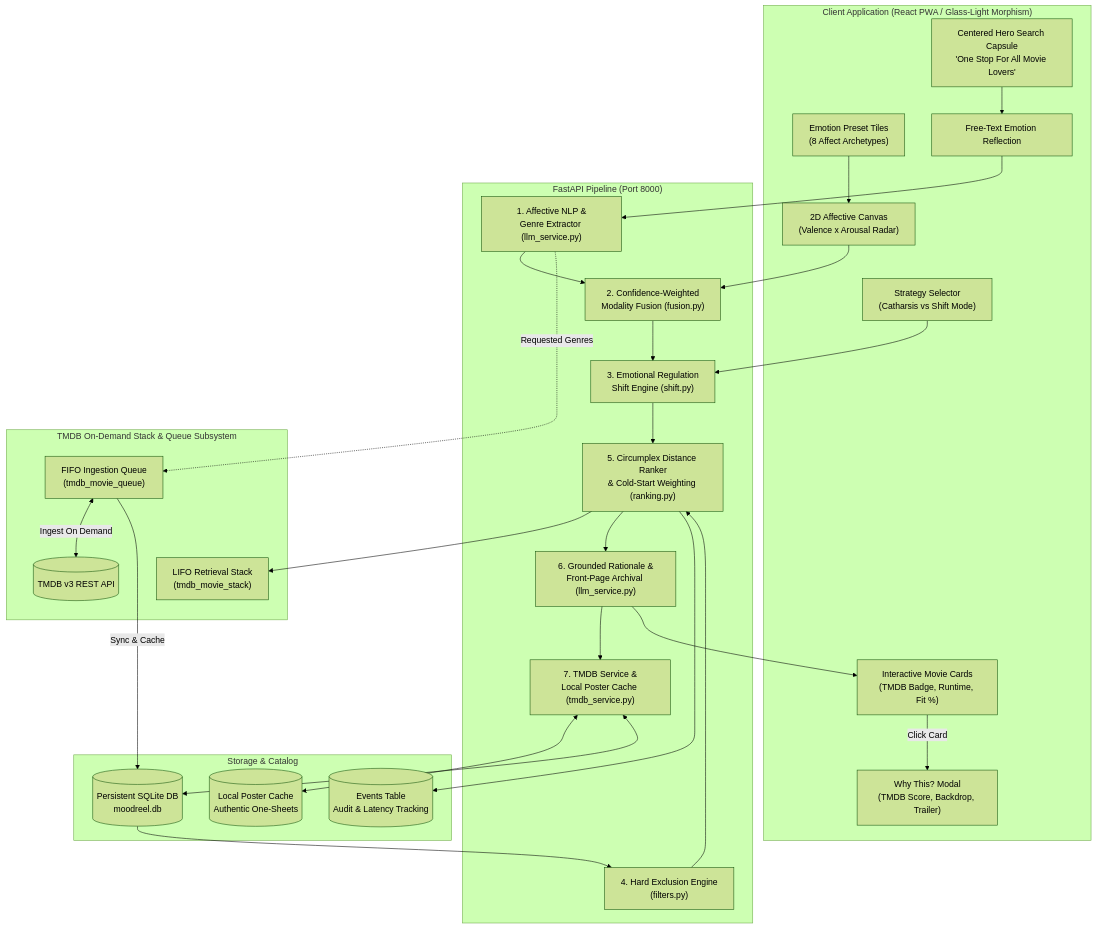
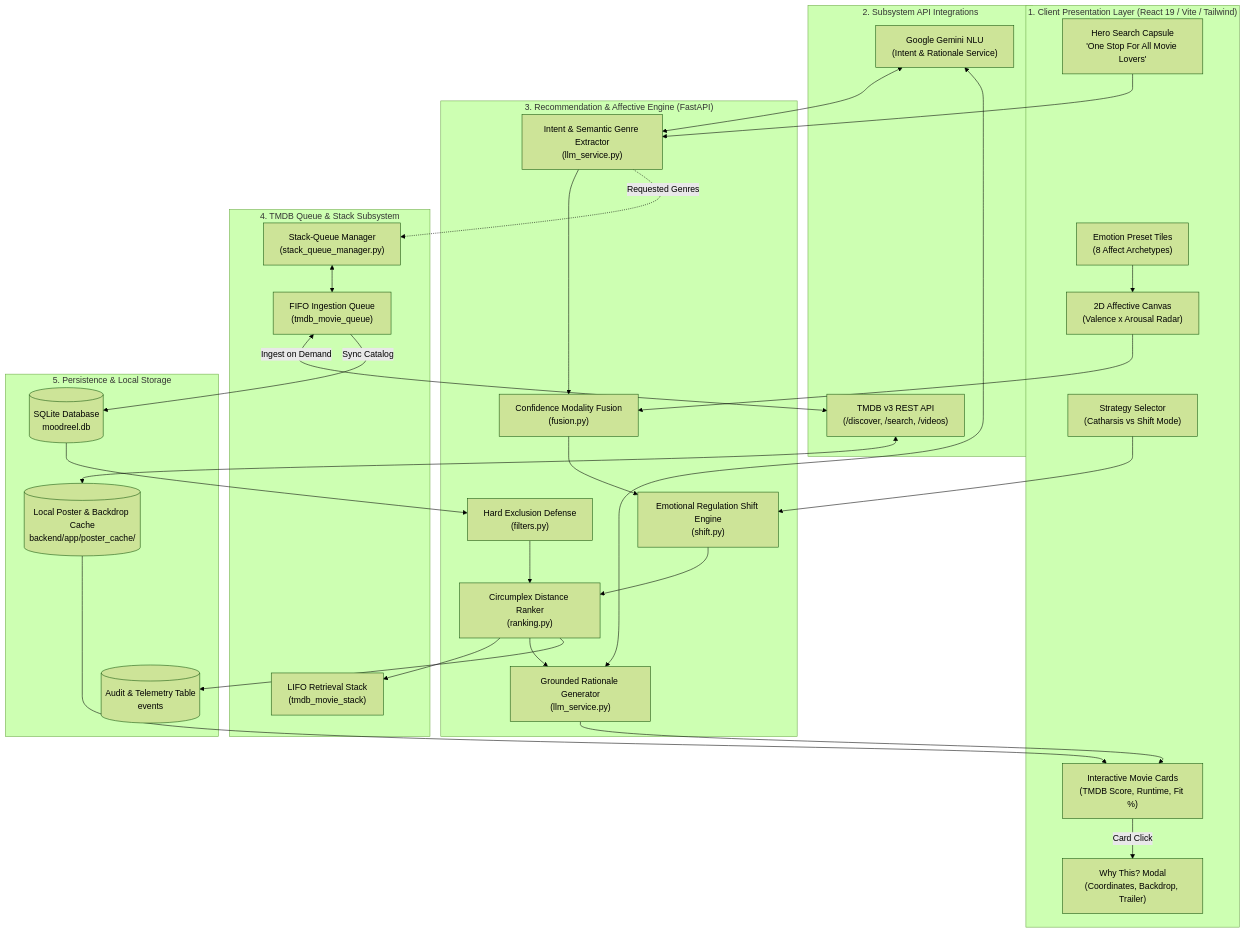
The diagram in README.md (jedai11/IMR-internet-movie-recommender-), drawn with Mermaid (forest theme) before and after one commit. The commit also changed other lines of this file, not shown here.

Commit message:
Elevate README architecture, capabilities, and workflows matching production standard

````diff
--- a/README.md
+++ b/README.md
@@ -26,56 +54,60 @@
 ```mermaid
 flowchart TD
-    subgraph Client["Client Application (React PWA / Glass-Light Morphism)"]
-        Hero["Centered Hero Search Capsule\n'One Stop For All Movie Lovers'"]
+    subgraph ClientLayer["1. Client Presentation Layer (React 19 / Vite / Tailwind)"]
+        Hero["Hero Search Capsule\n'One Stop For All Movie Lovers'"]
         Canvas["2D Affective Canvas\n(Valence x Arousal Radar)"]
         Presets["Emotion Preset Tiles\n(8 Affect Archetypes)"]
-        FreeText["Free-Text Emotion Reflection"]
         Strat["Strategy Selector\n(Catharsis vs Shift Mode)"]
-        Deck["Interactive Movie Cards\n(TMDB Badge, Runtime, Fit %)"]
-        Modal["Why This? Modal\n(TMDB Score, Backdrop, Trailer)"]
+        Deck["Interactive Movie Cards\n(TMDB Score, Runtime, Fit %)"]
+        Modal["Why This? Modal\n(Coordinates, Backdrop, Trailer)"]
     end
 
-    subgraph API["FastAPI Pipeline (Port 8000)"]
-        NLP["1. Affective NLP &\nGenre Extractor (llm_service.py)"]
-        Fusion["2. Confidence-Weighted\nModality Fusion (fusion.py)"]
-        ShiftEngine["3. Emotional Regulation\nShift Engine (shift.py)"]
-        FilterEngine["4. Hard Exclusion Engine\n(filters.py)"]
-        Ranker["5. Circumplex Distance Ranker\n& Cold-Start Weighting (ranking.py)"]
-        Rationale["6. Grounded Rationale &\nFront-Page Archival (llm_service.py)"]
-        TMDBService["7. TMDB Service &\nLocal Poster Cache (tmdb_service.py)"]
+    subgraph ServiceLayer["2. Subsystem API Integrations"]
+        GeminiAPI["Google Gemini NLU\n(Intent & Rationale Service)"]
+        TMDBAPI["TMDB v3 REST API\n(/discover, /search, /videos)"]
     end
 
-    subgraph TMDBIntegration["TMDB On-Demand Stack & Queue Subsystem"]
-        TMDBAPI[("TMDB v3 REST API")]
+    subgraph EngineLayer["3. Recommendation & Affective Engine (FastAPI)"]
+        NLP["Intent & Semantic Genre Extractor\n(llm_service.py)"]
+        Fusion["Confidence Modality Fusion\n(fusion.py)"]
+        ShiftEngine["Emotional Regulation Shift Engine\n(shift.py)"]
+        FilterEngine["Hard Exclusion Defense\n(filters.py)"]
+        Ranker["Circumplex Distance Ranker\n(ranking.py)"]
+        Rationale["Grounded Rationale Generator\n(llm_service.py)"]
+    end
+
+    subgraph CachingLayer["4. TMDB Queue & Stack Subsystem"]
         FIFOQueue["FIFO Ingestion Queue\n(tmdb_movie_queue)"]
         LIFOStack["LIFO Retrieval Stack\n(tmdb_movie_stack)"]
+        QueueMgr["Stack-Queue Manager\n(stack_queue_manager.py)"]
     end
 
-    subgraph Storage["Storage & Catalog"]
-        DB[(Persistent SQLite DB\nmoodreel.db)]
-        PosterCache[(Local Poster Cache\nAuthentic One-Sheets)]
-        Events[(Events Table\nAudit & Latency Tracking)]
+    subgraph StorageLayer["5. Persistence & Local Storage"]
+        DB[(SQLite Database\nmoodreel.db)]
+        PosterCache[(Local Poster & Backdrop Cache\nbackend/app/poster_cache/)]
+        EventLog[(Audit & Telemetry Table\nevents)]
     end
 
-    Hero --> FreeText
+    Hero --> NLP
     Presets --> Canvas
-    FreeText --> NLP
     Canvas --> Fusion
     NLP --> Fusion
     Fusion --> ShiftEngine
     Strat --> ShiftEngine
-    NLP -.->|Requested Genres| FIFOQueue
-    FIFOQueue <-->|Ingest On Demand| TMDBAPI
-    FIFOQueue -->|Sync & Cache| DB
+    NLP -.->|Requested Genres| QueueMgr
+    QueueMgr <--> FIFOQueue
+    FIFOQueue <-->|Ingest on Demand| TMDBAPI
+    FIFOQueue -->|Sync Catalog| DB
+    ShiftEngine --> Ranker
     DB --> FilterEngine
     FilterEngine --> Ranker
-    ShiftEngine --> Ranker
     Ranker --> LIFOStack
     Ranker --> Rationale
-    Rationale --> TMDBService
-    TMDBService <--> PosterCache
-    TMDBService <--> DB
+    GeminiAPI <--> NLP
+    GeminiAPI <--> Rationale
     Rationale --> Deck
-    Deck -->|Click Card| Modal
-    Ranker --> Events
+    Deck -->|Card Click| Modal
+    Ranker --> EventLog
+    TMDBAPI <--> PosterCache
+    PosterCache --> Deck
 ```
````
